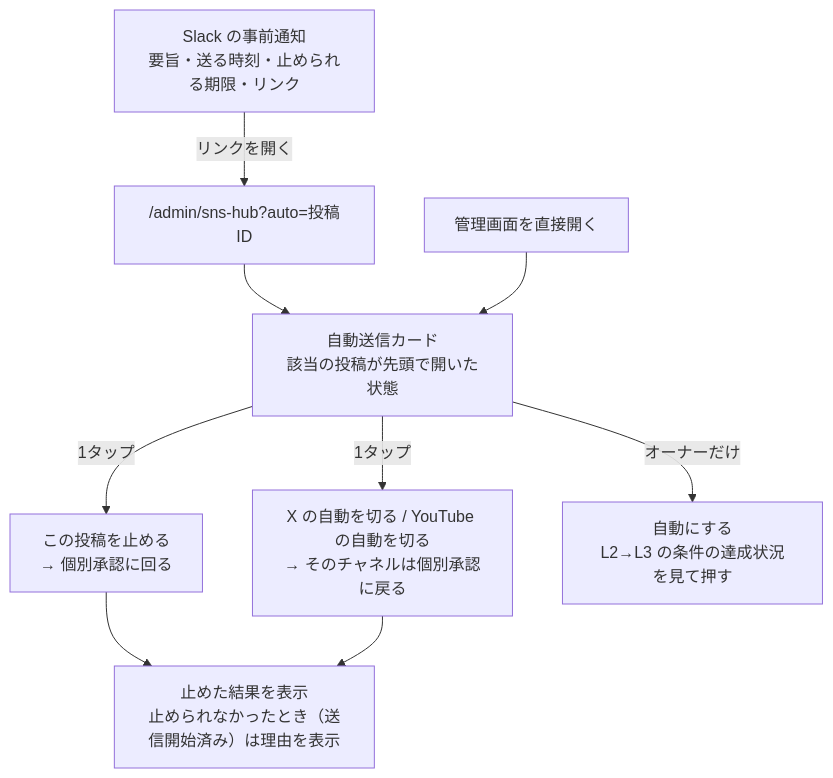
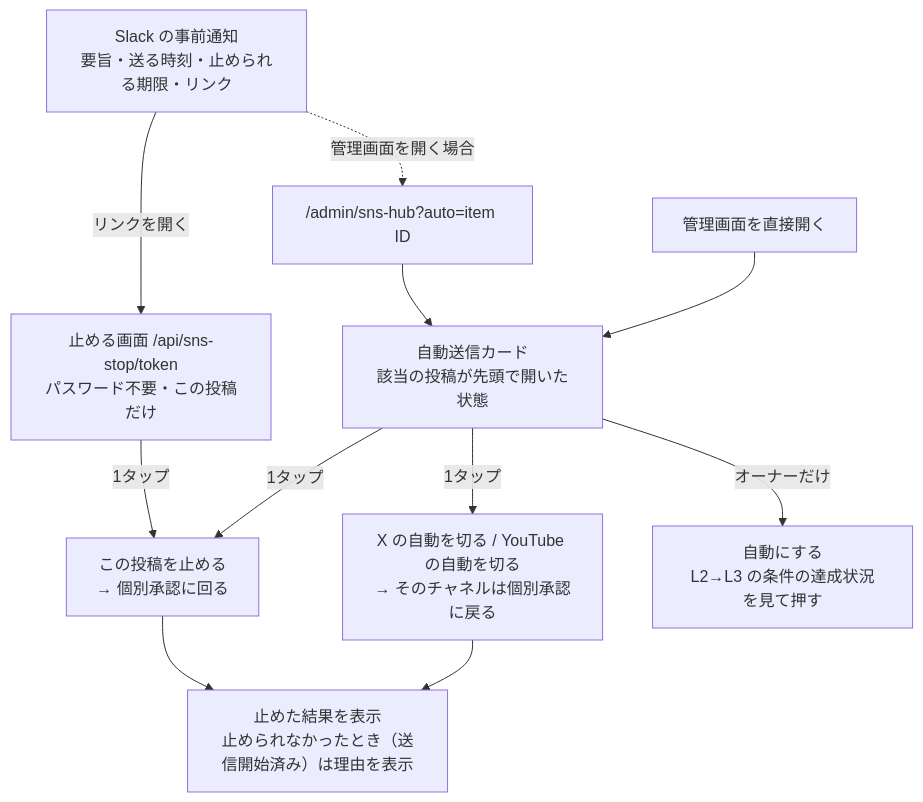
One commit to rhapsody0919/boatrace-ai-predictor changed the diagram in docs/design/sns-pdca-loop/screens.md. Above: the diagram before and after it, drawn with Mermaid. The commit also changed other lines of this file and 10 other files, not shown here.

````diff
--- a/docs/design/sns-pdca-loop/screens.md
+++ b/docs/design/sns-pdca-loop/screens.md
@@ -7,11 +7,13 @@
 ```mermaid
 flowchart TD
-  S[Slack の事前通知<br/>要旨・送る時刻・止められる期限・リンク] -->|リンクを開く| P["/admin/sns-hub?auto=投稿ID"]
+  S[Slack の事前通知<br/>要旨・送る時刻・止められる期限・リンク] -->|リンクを開く| L["止める画面 /api/sns-stop/token<br/>パスワード不要・この投稿だけ"]
+  L -->|1タップ| ST1
+  S -.->|管理画面を開く場合| P["/admin/sns-hub?auto=item ID"]
   P --> C[自動送信カード<br/>該当の投稿が先頭で開いた状態]
   C -->|1タップ| ST1[この投稿を止める<br/>→ 個別承認に回る]
   C -->|1タップ| ST2[X の自動を切る / YouTube の自動を切る<br/>→ そのチャネルは個別承認に戻る]
   ST1 --> R[止めた結果を表示<br/>止められなかったとき（送信開始済み）は理由を表示]
   ST2 --> R
   A[管理画面を直接開く] --> C
   C -->|オーナーだけ| ON[自動にする<br/>L2→L3 の条件の達成状況を見て押す]
 ```
````
